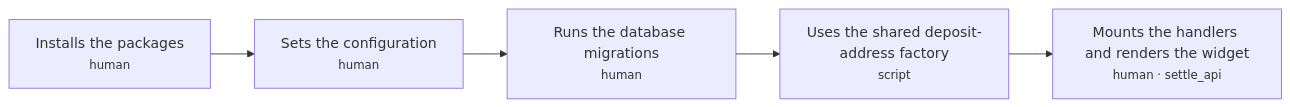
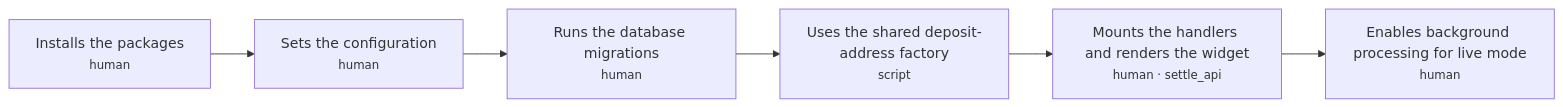
The first of 7 diagrams in docs/journeys/settle-kit.md (hivinaynair/settle-kit), drawn with Mermaid before and after one commit. The commit also changed other lines of this file and 3 other files, not shown here.

````diff
--- a/docs/journeys/settle-kit.md
+++ b/docs/journeys/settle-kit.md
@@ -38,12 +38,14 @@
 ```mermaid
 flowchart LR
   J1_S1["Installs the packages<br/><small>human</small>"]
   J1_S2["Sets the configuration<br/><small>human</small>"]
   J1_S3["Runs the database migrations<br/><small>human</small>"]
   J1_S4["Uses the shared deposit-address factory<br/><small>script</small>"]
   J1_S5["Mounts the handlers and renders the widget<br/><small>human · settle_api</small>"]
+  J1_S5a["Enables background processing for live mode<br/><small>human</small>"]
   J1_S1 --> J1_S2
   J1_S2 --> J1_S3
   J1_S3 --> J1_S4
   J1_S4 --> J1_S5
+  J1_S5 --> J1_S5a
 ```
````
